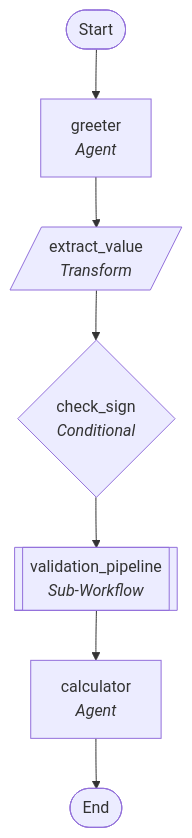
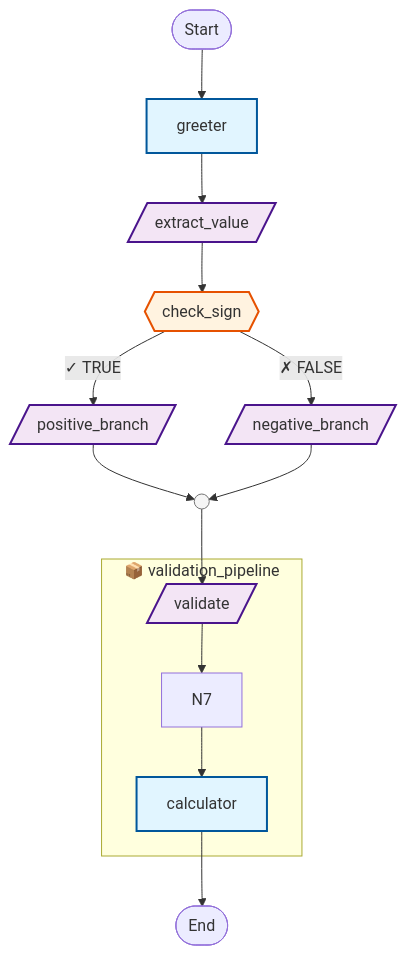
Before and after one commit to tsharp/agent-runtime: the diagram in workflow_structure.mmd, drawn with Mermaid. The commit also changed 5 other files, not shown here.

```diff
--- a/workflow_structure.mmd
+++ b/workflow_structure.mmd
@@ -1,19 +1,32 @@
 flowchart TD
     Start([Start])
-    Start --> Step0
-    Step0["greeter<br/><i>Agent</i>"]
-    Step0 --> Step1
-    Step1[/"extract_value<br/><i>Transform</i>"/]
-    Step1 --> Step2
-    Step2{"check_sign<br/><i>Conditional</i>"}
-    Step2 --> Step3
-    Step3[["validation_pipeline<br/><i>Sub-Workflow</i>"]]
-    Step3 --> Step4
-    Step4["calculator<br/><i>Agent</i>"]
-    Step4 --> End
+    Start --> N0
+    N0["greeter"]:::agentStyle
+    N0 --> N1
+    N1[/"extract_value"/]:::transformStyle
+    N1 --> N2
+    N2{{"check_sign"}}:::conditionalStyle
+    N3[/"positive_branch"/]:::transformStyle
+    N2 -->|"✓ TRUE"| N3
+    N4[/"negative_branch"/]:::transformStyle
+    N2 -->|"✗ FALSE"| N4
+    N5(( )):::convergeStyle
+    N3 --> N5
+    N4 --> N5
+    subgraph SUB5["📦 validation_pipeline"]
+        N6([Start])
+        N6[/"validate"/]:::transformStyle
+        N6 --> N7
+        N8([End])
+        N7 --> N8
+    end
+    N5 --> N6
+    N8["calculator"]:::agentStyle
+    N8 --> End
     End([End])
 
     classDef agentStyle fill:#e1f5ff,stroke:#01579b,stroke-width:2px
     classDef transformStyle fill:#f3e5f5,stroke:#4a148c,stroke-width:2px
     classDef conditionalStyle fill:#fff3e0,stroke:#e65100,stroke-width:2px
     classDef subworkflowStyle fill:#e8f5e9,stroke:#1b5e20,stroke-width:2px
+    classDef convergeStyle fill:#f5f5f5,stroke:#757575,stroke-width:1px
```
